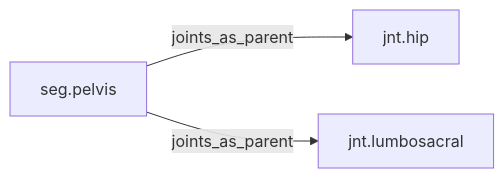
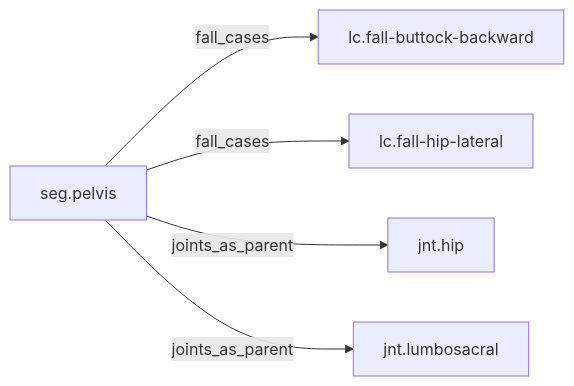
One commit to JoeCiampa3/freyja changed the diagram in thread/dossiers/seg.pelvis.md. Above: the diagram before and after it, drawn with Mermaid. The commit also changed other lines of this file and 36 other files, not shown here.

````diff
--- a/thread/dossiers/seg.pelvis.md
+++ b/thread/dossiers/seg.pelvis.md
@@ -70,8 +70,12 @@
 ```mermaid
 graph LR
   n0["seg.pelvis"]
   n1["jnt.hip"]
   n2["jnt.lumbosacral"]
+  n3["lc.fall-buttock-backward"]
+  n4["lc.fall-hip-lateral"]
+  n0 -->|fall_cases| n3
+  n0 -->|fall_cases| n4
   n0 -->|joints_as_parent| n1
   n0 -->|joints_as_parent| n2
 ```
````
